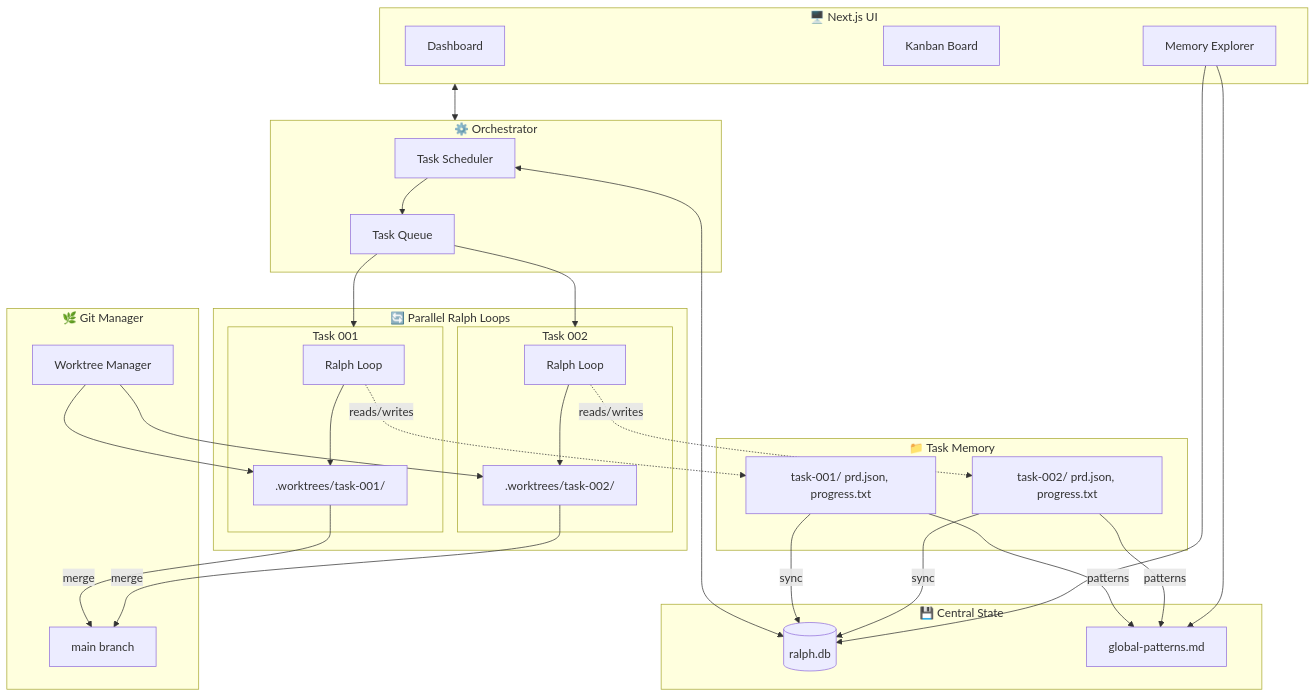
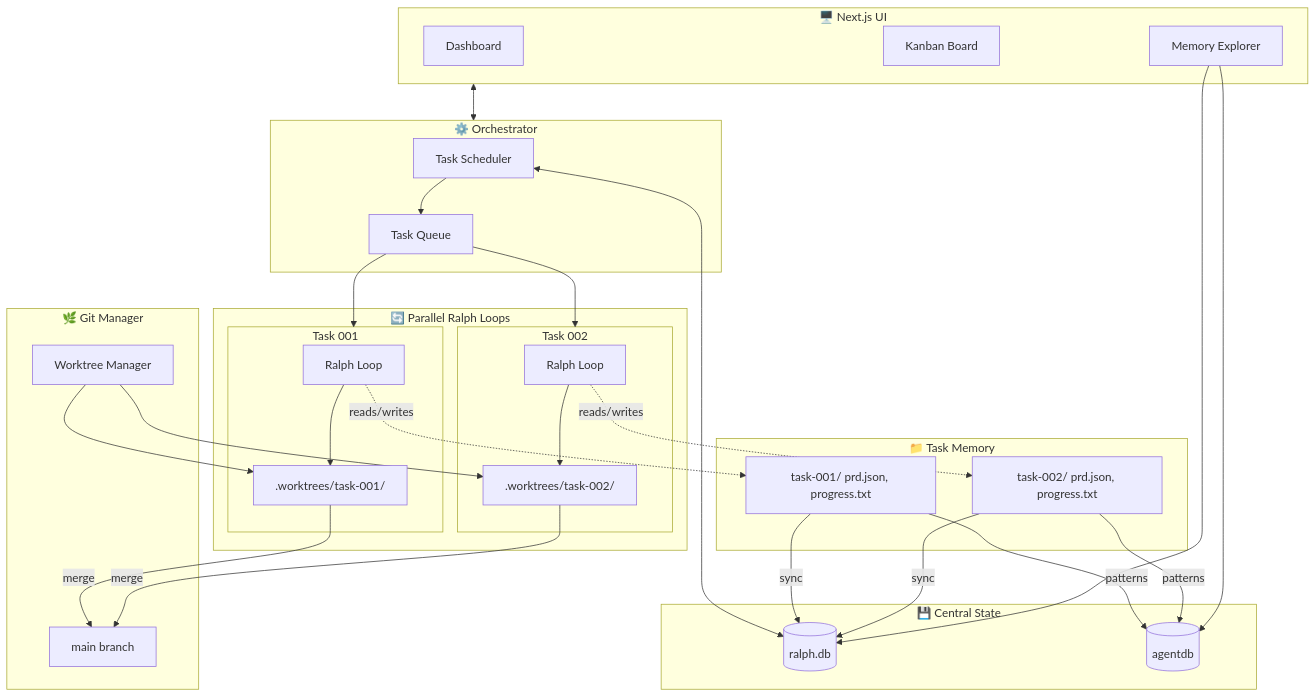
Before and after one commit to soilSpoon/ralph-web: the first of 3 diagrams in tasks/specs/architecture.md, drawn with Mermaid. The commit also changed other lines of this file and 31 other files, not shown here.

````diff
--- a/tasks/specs/architecture.md
+++ b/tasks/specs/architecture.md
@@ -7,58 +7,58 @@
 ```mermaid
 flowchart TB
     subgraph UI["🖥️ Next.js UI"]
         Dashboard[Dashboard]
         Kanban[Kanban Board]
         MemoryExplorer[Memory Explorer]
     end
 
     subgraph Orchestrator["⚙️ Orchestrator"]
         TaskScheduler[Task Scheduler]
         TaskQueue[Task Queue]
     end
 
     subgraph ParallelTasks["🔄 Parallel Ralph Loops"]
         subgraph Task1["Task 001"]
             RL1[Ralph Loop]
             WT1[".worktrees/task-001/"]
         end
         subgraph Task2["Task 002"]
             RL2[Ralph Loop]
             WT2[".worktrees/task-002/"]
         end
     end
 
     subgraph GitManager["🌿 Git Manager"]
         MainBranch[main branch]
         Worktrees[Worktree Manager]
     end
 
     subgraph CentralState["💾 Central State"]
         DB[(ralph.db)]
-        GlobalPatterns[global-patterns.md]
+        AgentDB[(agentdb)]
     end
 
     subgraph TaskMemory["📁 Task Memory"]
         TM1["task-001/ prd.json, progress.txt"]
         TM2["task-002/ prd.json, progress.txt"]
     end
 
     UI <--> Orchestrator
     TaskScheduler --> TaskQueue
     TaskQueue --> Task1 & Task2
 
     RL1 --> WT1
     RL2 --> WT2
 
     RL1 -.->|reads/writes| TM1
     RL2 -.->|reads/writes| TM2
 
     Worktrees --> WT1 & WT2
     WT1 & WT2 -->|merge| MainBranch
 
     TaskScheduler <--> DB
     TM1 & TM2 -->|sync| DB
-    TM1 & TM2 -->|patterns| GlobalPatterns
+    TM1 & TM2 -->|patterns| AgentDB
 
-    MemoryExplorer --> DB & GlobalPatterns
+    MemoryExplorer --> DB & AgentDB
 ```
````
